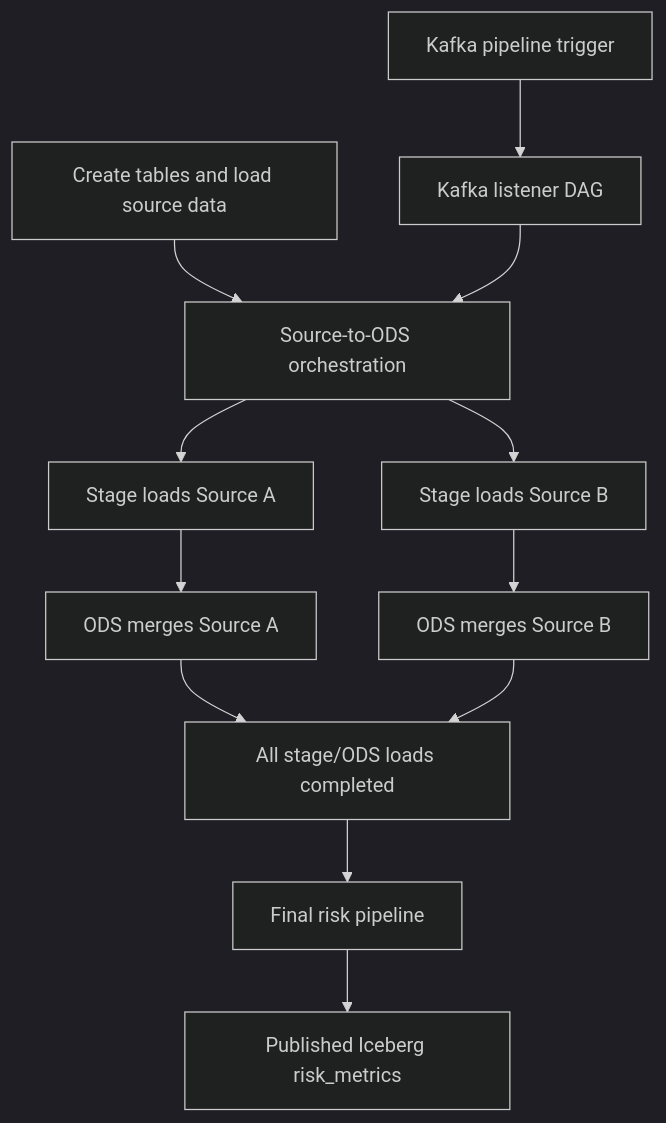
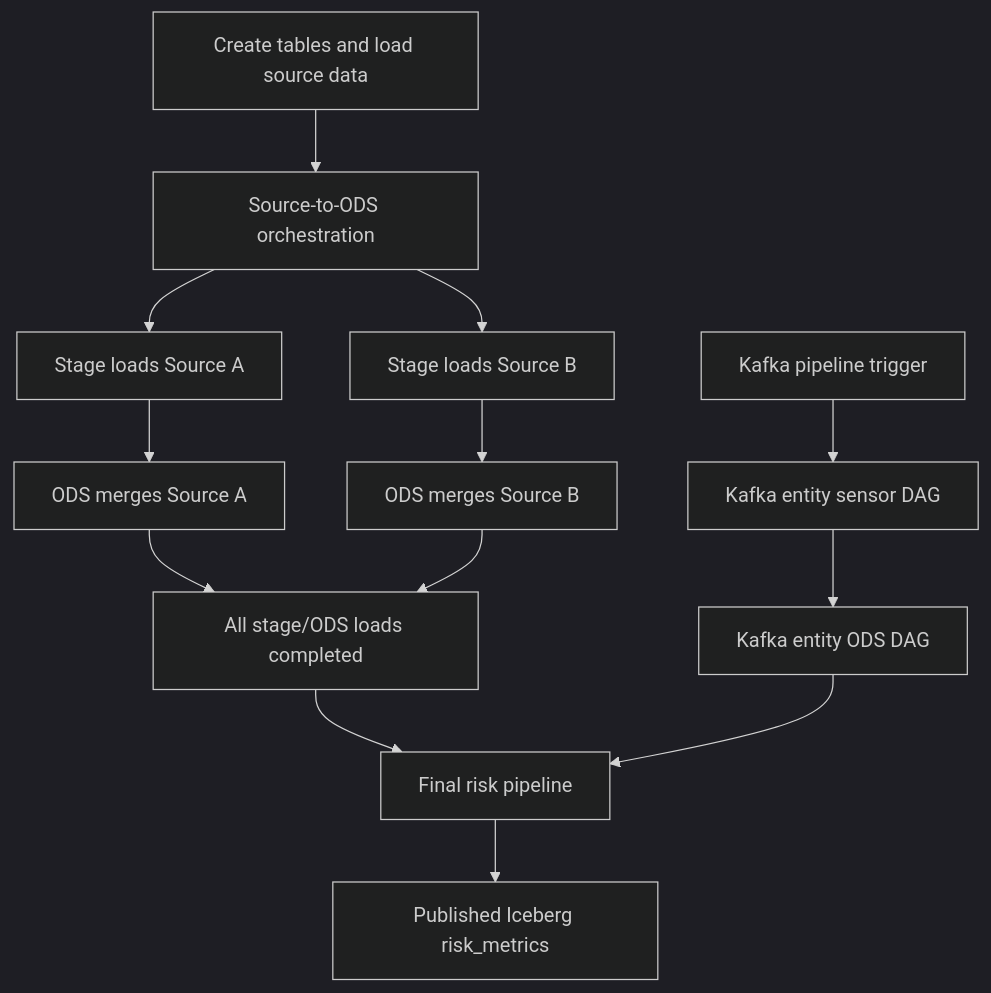
The diagram in legacy_docs/airflow_jobs.md (sankarasub/riskanalytics_df), drawn with Mermaid (dark theme) before and after one commit. The commit also changed other lines of this file and 52 other files, not shown here.

Commit message:
Parallelize the STAGE/ODS fan-out, stream every entity, and add CI gates

````diff
--- a/legacy_docs/airflow_jobs.md
+++ b/legacy_docs/airflow_jobs.md
@@ -16,13 +17,13 @@
 ```mermaid
 flowchart TD
     bootstrap["Create tables and load source data"] --> fanout["Source-to-ODS orchestration"]
     fanout --> stageA["Stage loads Source A"]
     fanout --> stageB["Stage loads Source B"]
     stageA --> odsA["ODS merges Source A"]
     stageB --> odsB["ODS merges Source B"]
     odsA --> join["All stage/ODS loads completed"]
     odsB --> join
     join --> risk["Final risk pipeline"]
-    kafka["Kafka pipeline trigger"] --> listener["Kafka listener DAG"] --> fanout
+    kafka["Kafka pipeline trigger"] --> listener["Kafka entity sensor DAG"] --> kods["Kafka entity ODS DAG"] --> risk
     risk --> metrics["Published Iceberg risk_metrics"]
 ```
````
